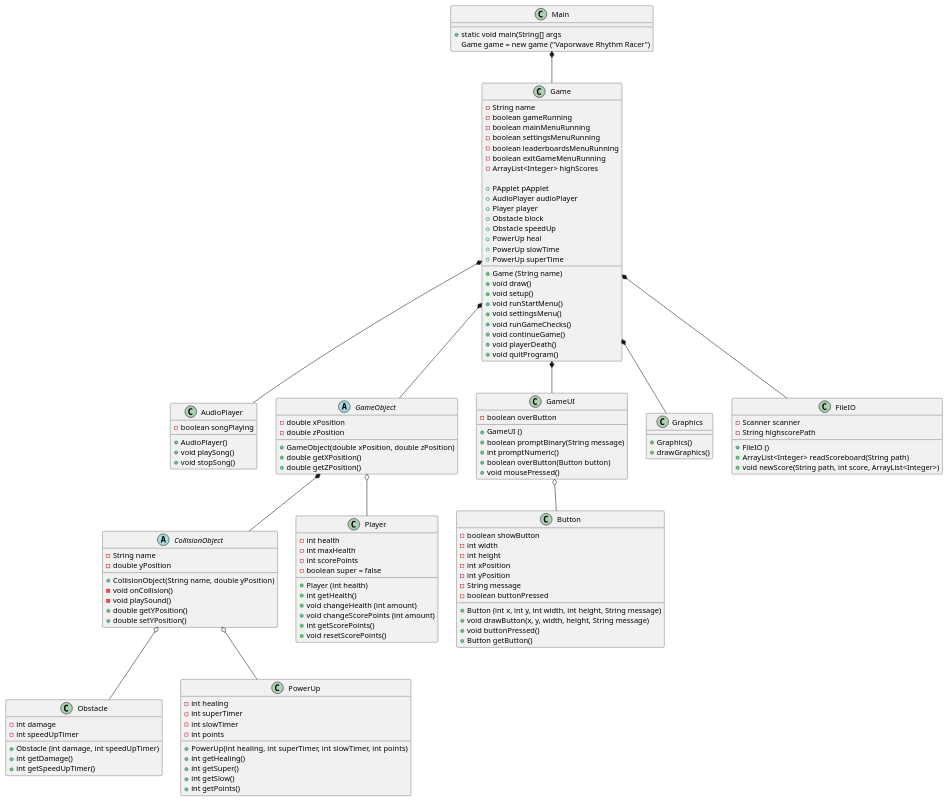
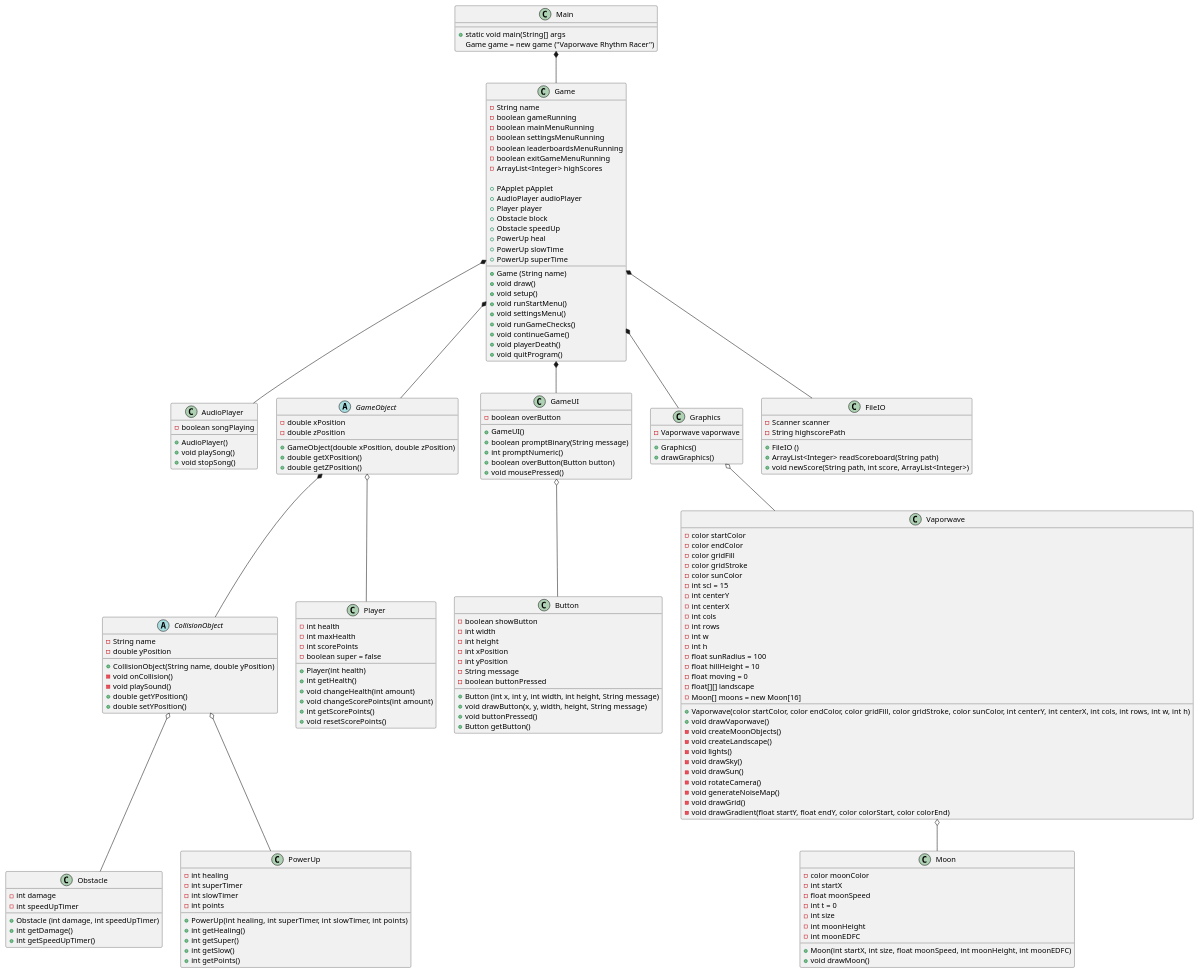
Before and after one commit to Gervig/Vaporwave-Rhythm-Racer: the diagram in doc/Plan/static/classdiagram.puml, drawn with PlantUML.

Commit message:
update classdiagram Vaporwave & Moon class mainly

```diff
--- a/doc/Plan/static/classdiagram.puml
+++ b/doc/Plan/static/classdiagram.puml
@@ -81,10 +81,10 @@
 - boolean super = false
 
 'constructor, set players health to 3 or w/e we want in the constructor & maxHealth
-+ Player (int health)
++ Player(int health)
 + int getHealth()
-+ void changeHealth (int amount)
-+ void changeScorePoints (int amount)
++ void changeHealth(int amount)
++ void changeScorePoints(int amount)
 + int getScorePoints()
 + void resetScorePoints()
 }
@@ -117,13 +117,12 @@
 + int getPoints()
 }
 
-
 'creates buttons and general UI for the user to interact with
 class GameUI{
 - boolean overButton
 
 'constructor
-+ GameUI ()
++ GameUI()
 + boolean promptBinary(String message)
 + int promptNumeric()
 + boolean overButton(Button button)
@@ -148,10 +147,58 @@
 }
 
 class Graphics{
+- Vaporwave vaporwave
 
 'constructor
 + Graphics()
 + drawGraphics()
+}
+
+class Vaporwave{
+- color startColor
+- color endColor
+- color gridFill
+- color gridStroke
+- color sunColor
+- int scl = 15
+- int centerY
+- int centerX
+- int cols
+- int rows
+- int w
+- int h
+- float sunRadius = 100
+- float hillHeight = 10
+- float moving = 0
+- float[][] landscape
+- Moon[] moons = new Moon[16]
+'constructor
++ Vaporwave(color startColor, color endColor, color gridFill, color gridStroke, color sunColor, int centerY, int centerX, int cols, int rows, int w, int h)
++ void drawVaporwave()
+- void createMoonObjects()
+- void createLandscape()
+- void lights()
+- void drawSky()
+- void drawSun()
+- void rotateCamera()
+- void generateNoiseMap()
+- void drawGrid()
+- void drawGradient(float startY, float endY, color colorStart, color colorEnd)
+
+}
+
+class Moon{
+ - color moonColor
+' color moonColor = color(160, 255, 255); check if IntelliJ can do color like this
+ - int startX
+ - float moonSpeed
+ - int t = 0
+ - int size
+ - int moonHeight
+ - int moonEDFC
+ 'constructor
+ + Moon(int startX, int size, float moonSpeed, int moonHeight, int moonEDFC)
+ + void drawMoon()
 }
 
 'handles highscores
@@ -177,5 +224,7 @@
 CollisionObject o-- Obstacle
 CollisionObject o-- PowerUp
 GameUI o-- Button
+Graphics o-- Vaporwave
+Vaporwave o-- Moon
 
 @enduml
```
